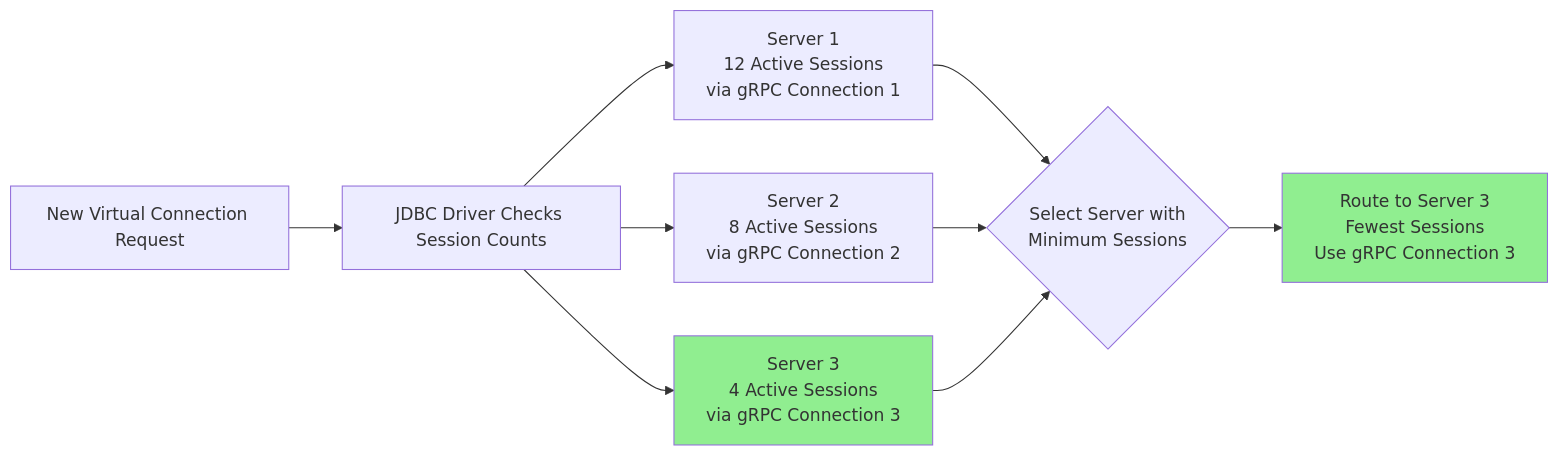
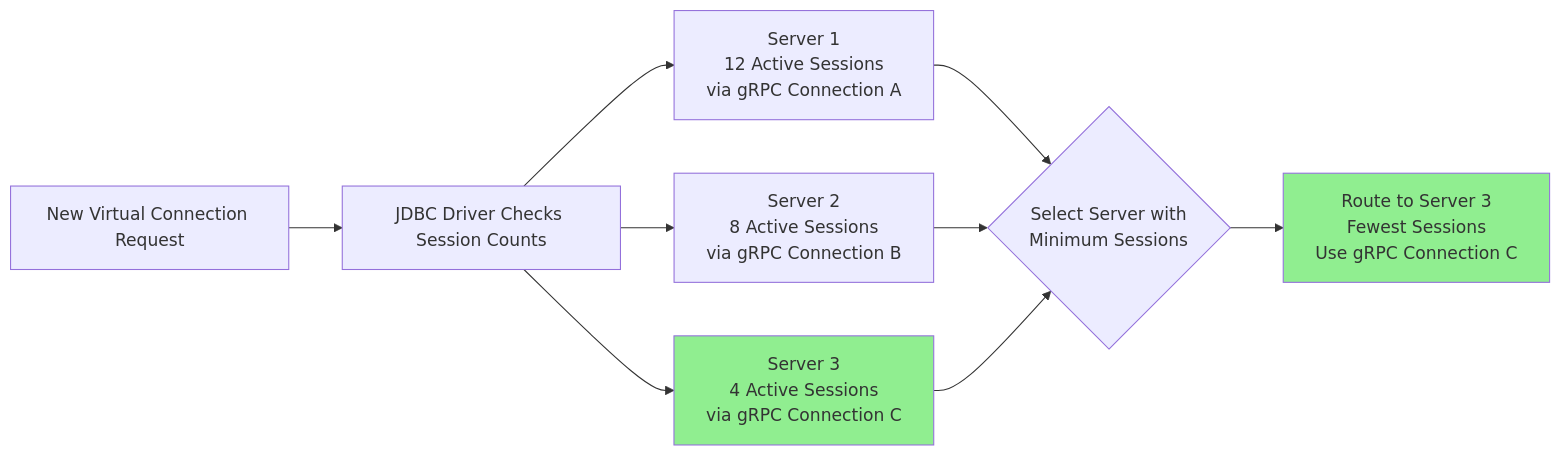
One commit to jenspapenhagen/ojp changed the second of 2 diagrams in documents/ebook/part1-chapter2a-smart-load-balancing.md. Above: the diagram before and after it, drawn with Mermaid. The commit also changed other lines of this file, not shown here.

Commit message:
Cut 23% redundancy, add gRPC caching note, use Connection A/B/C naming

````diff
--- a/documents/ebook/part1-chapter2a-smart-load-balancing.md
+++ b/documents/ebook/part1-chapter2a-smart-load-balancing.md
@@ -102,15 +104,15 @@
 ```mermaid
 graph LR
     A[New Virtual Connection Request] --> B[JDBC Driver Checks Session Counts]
     
-    B --> C[Server 1<br/>12 Active Sessions<br/>via gRPC Connection 1]
-    B --> D[Server 2<br/>8 Active Sessions<br/>via gRPC Connection 2]
-    B --> E[Server 3<br/>4 Active Sessions<br/>via gRPC Connection 3]
+    B --> C[Server 1<br/>12 Active Sessions<br/>via gRPC Connection A]
+    B --> D[Server 2<br/>8 Active Sessions<br/>via gRPC Connection B]
+    B --> E[Server 3<br/>4 Active Sessions<br/>via gRPC Connection C]
     
     C & D & E --> F{Select Server with<br/>Minimum Sessions}
     
-    F --> G[Route to Server 3<br/>Fewest Sessions<br/>Use gRPC Connection 3]
+    F --> G[Route to Server 3<br/>Fewest Sessions<br/>Use gRPC Connection C]
     
     style E fill:#90EE90
     style G fill:#90EE90
 ```
````
